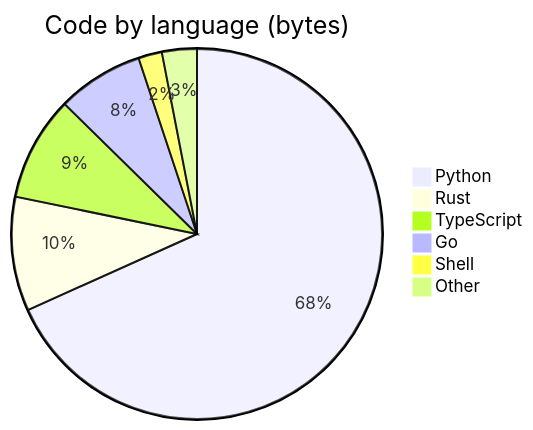
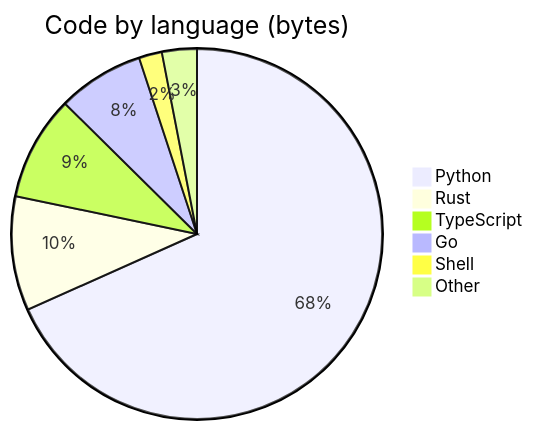
One commit to adeoluo/profile-forge changed the third of 3 diagrams in examples/adeoluo.README.md. Above: the diagram before and after it, drawn with Mermaid. The commit also changed other lines of this file and 7 other files, not shown here.

First line of the commit message:
Path chart: one repository per line; keep names unwrapped (#6)

````diff
--- a/examples/adeoluo.README.md
+++ b/examples/adeoluo.README.md
@@ -282,10 +286,10 @@
 ```mermaid
 pie
   title Code by language (bytes)
   "Python" : 2563884
   "Rust" : 374068
   "TypeScript" : 342399
   "Go" : 283138
-  "Shell" : 77398
+  "Shell" : 75482
   "Other" : 114296
 ```
````
